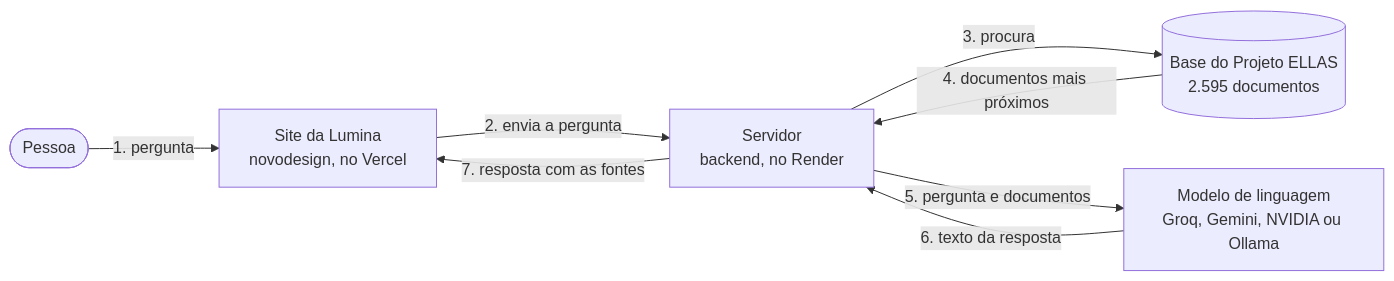
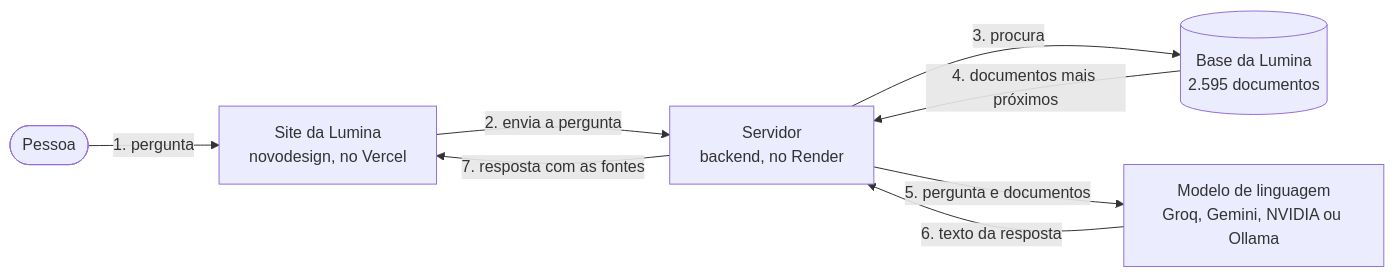
Before and after one commit to oaxiapsolrac/lumina-ia: the diagram in README.md, drawn with Mermaid. The commit also changed other lines of this file and 2 other files, not shown here.

First line of the commit message:
README e documentação: base de conhecimento da Lumina, com dados do Projeto ELLAS e bases coletadas

````diff
--- a/README.md
+++ b/README.md
@@ -23,10 +23,10 @@
 ```mermaid
 flowchart LR
     P(["Pessoa"]) -->|"1. pergunta"| SITE["Site da Lumina<br/>novodesign, no Vercel"]
     SITE -->|"2. envia a pergunta"| SERV["Servidor<br/>backend, no Render"]
-    SERV -->|"3. procura"| BASE[("Base do Projeto ELLAS<br/>2.595 documentos")]
+    SERV -->|"3. procura"| BASE[("Base da Lumina<br/>2.595 documentos")]
     BASE -->|"4. documentos mais próximos"| SERV
     SERV -->|"5. pergunta e documentos"| LLM["Modelo de linguagem<br/>Groq, Gemini, NVIDIA ou Ollama"]
     LLM -->|"6. texto da resposta"| SERV
     SERV -->|"7. resposta com as fontes"| SITE
 ```
````
